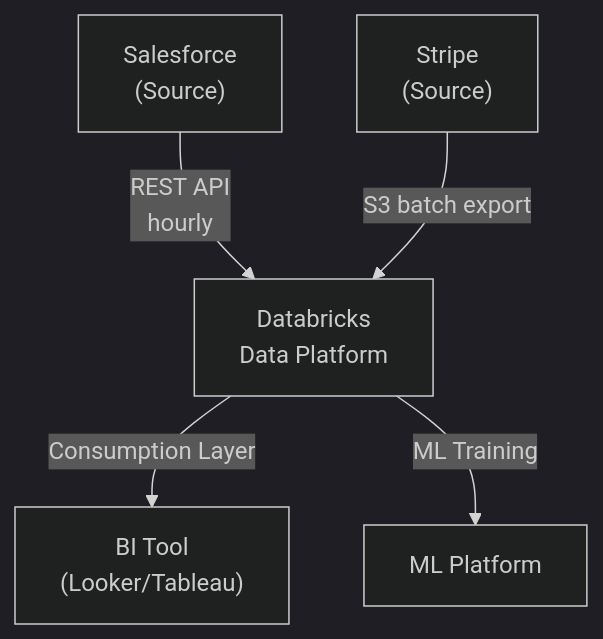
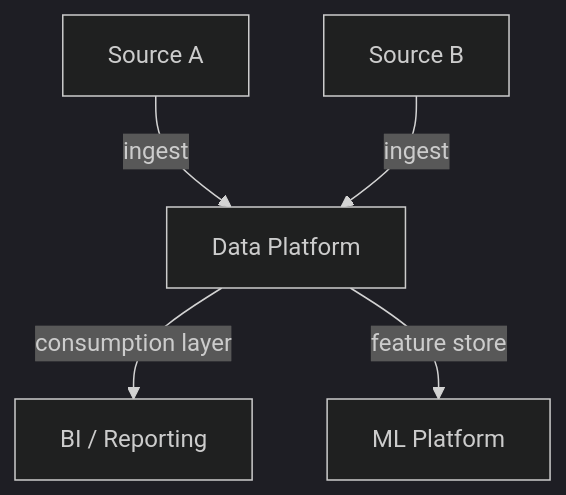
The first of 2 diagrams in workflows/activities/02-design/artifacts/data-architecture/template.md (DocumentDrivenDX/helix), drawn with Mermaid (dark theme) before and after one commit. The commit also changed other lines of this file and 9 other files, not shown here.

First line of the commit message:
workflows: data-architecture = platform/pipeline; data-design = entity

````diff
--- a/workflows/activities/02-design/artifacts/data-architecture/template.md
+++ b/workflows/activities/02-design/artifacts/data-architecture/template.md
@@ -23,7 +32,7 @@
 ```mermaid
 graph TB
-    A["Salesforce<br/>(Source)"] -->|REST API<br/>hourly| B["Databricks<br/>Data Platform"]
-    C["Stripe<br/>(Source)"] -->|S3 batch export| B
-    B -->|Consumption Layer| D["BI Tool<br/>(Looker/Tableau)"]
-    B -->|ML Training| E["ML Platform"]
+    A["Source A"] -->|ingest| B["Data Platform"]
+    C["Source B"] -->|ingest| B
+    B -->|consumption layer| D["BI / Reporting"]
+    B -->|feature store| E["ML Platform"]
 ```
````
